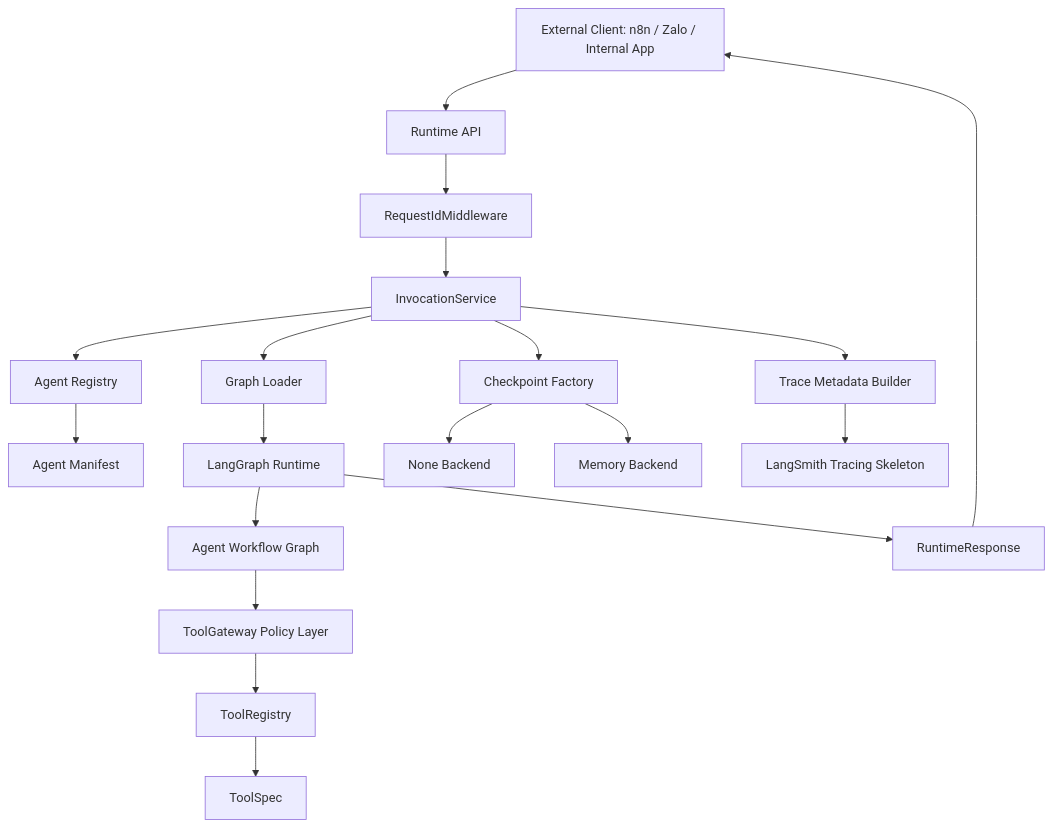
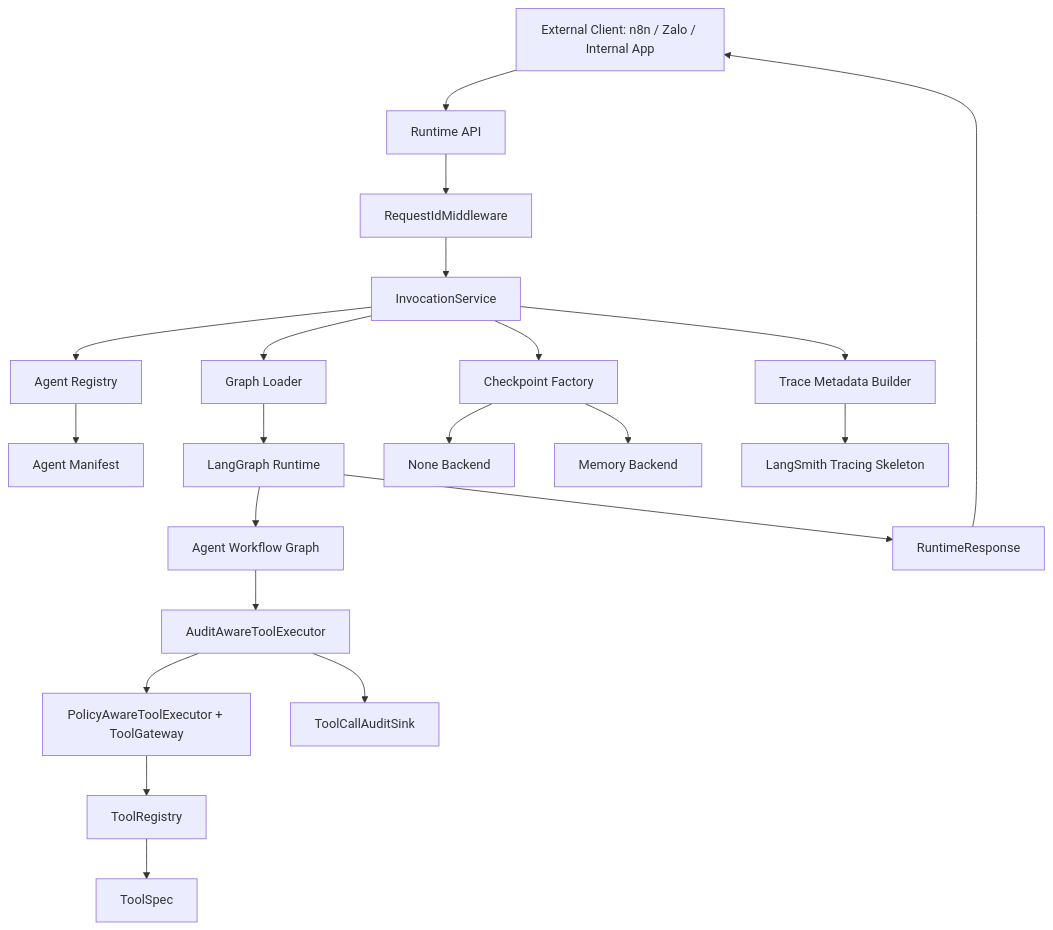
The first of 3 diagrams in docs/architecture/overview.md (Tenaity/ai-agent-platform), drawn with Mermaid before and after one commit. The commit also changed other lines of this file and 12 other files, not shown here.

First line of the commit message:
feat(tools): PR-013 tool call audit record + fake customer-service executor

````diff
--- a/docs/architecture/overview.md
+++ b/docs/architecture/overview.md
@@ -10,29 +10,31 @@
 ```mermaid
 flowchart TD
     Client["External Client: n8n / Zalo / Internal App"] --> API["Runtime API"]
 
     API --> Middleware["RequestIdMiddleware"]
     Middleware --> Invoke["InvocationService"]
 
     Invoke --> Registry["Agent Registry"]
     Registry --> Manifest["Agent Manifest"]
 
     Invoke --> GraphLoader["Graph Loader"]
     GraphLoader --> Runtime["LangGraph Runtime"]
 
     Invoke --> Checkpoint["Checkpoint Factory"]
     Checkpoint --> NoneBackend["None Backend"]
     Checkpoint --> MemoryBackend["Memory Backend"]
 
     Runtime --> AgentGraph["Agent Workflow Graph"]
 
-    AgentGraph --> ToolGateway["ToolGateway Policy Layer"]
+    AgentGraph --> AuditWrapper["AuditAwareToolExecutor"]
+    AuditWrapper --> ToolGateway["PolicyAwareToolExecutor + ToolGateway"]
     ToolGateway --> ToolRegistry["ToolRegistry"]
     ToolRegistry --> ToolSpec["ToolSpec"]
+    AuditWrapper --> AuditSink["ToolCallAuditSink"]
 
     Invoke --> TraceMeta["Trace Metadata Builder"]
     TraceMeta --> LangSmith["LangSmith Tracing Skeleton"]
 
     Runtime --> Response["RuntimeResponse"]
     Response --> Client
 ```
````
